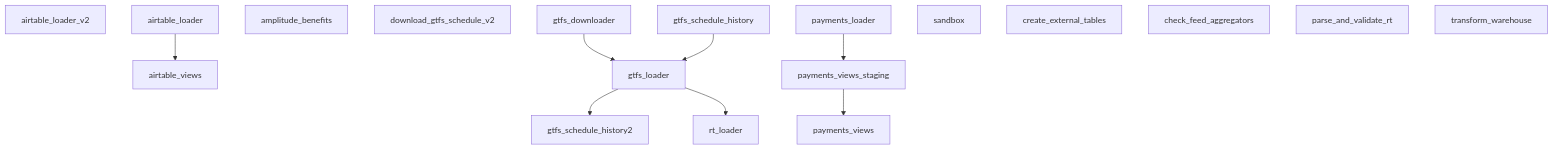
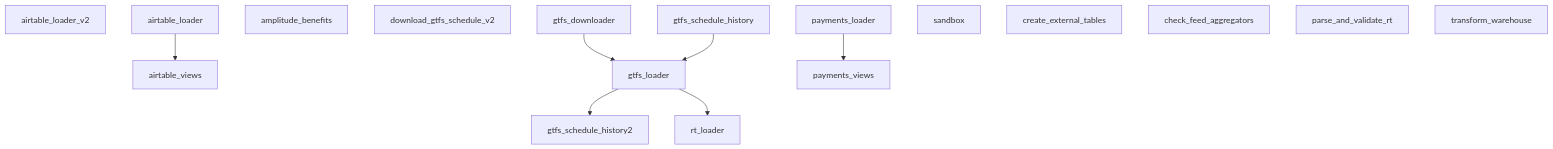
One commit to cal-itp/data-infra changed the diagram in docs/airflow/production-maintenance.md. Above: the diagram before and after it, drawn with Mermaid. The commit also changed other lines of this file, not shown here.

Commit message:
docs(airflow): edited the production dags docs to reflect changes in payments staging views dags

````diff
--- a/docs/airflow/production-maintenance.md
+++ b/docs/airflow/production-maintenance.md
@@ -68,18 +68,17 @@
 ```{mermaid}
   graph TD;
       airtable_loader_v2;
       airtable_loader-->airtable_views;
       amplitude_benefits;
       download_gtfs_schedule_v2;
       gtfs_downloader-->gtfs_loader;
       gtfs_schedule_history-->gtfs_loader;
       gtfs_loader-->gtfs_schedule_history2;
-      payments_loader-->payments_views_staging;
-      payments_views_staging-->payments_views;
+      payments_loader-->payments_views;
       gtfs_loader-->rt_loader;
       sandbox;
       create_external_tables;
       check_feed_aggregators;
       parse_and_validate_rt;
       transform_warehouse;
 ```
````
